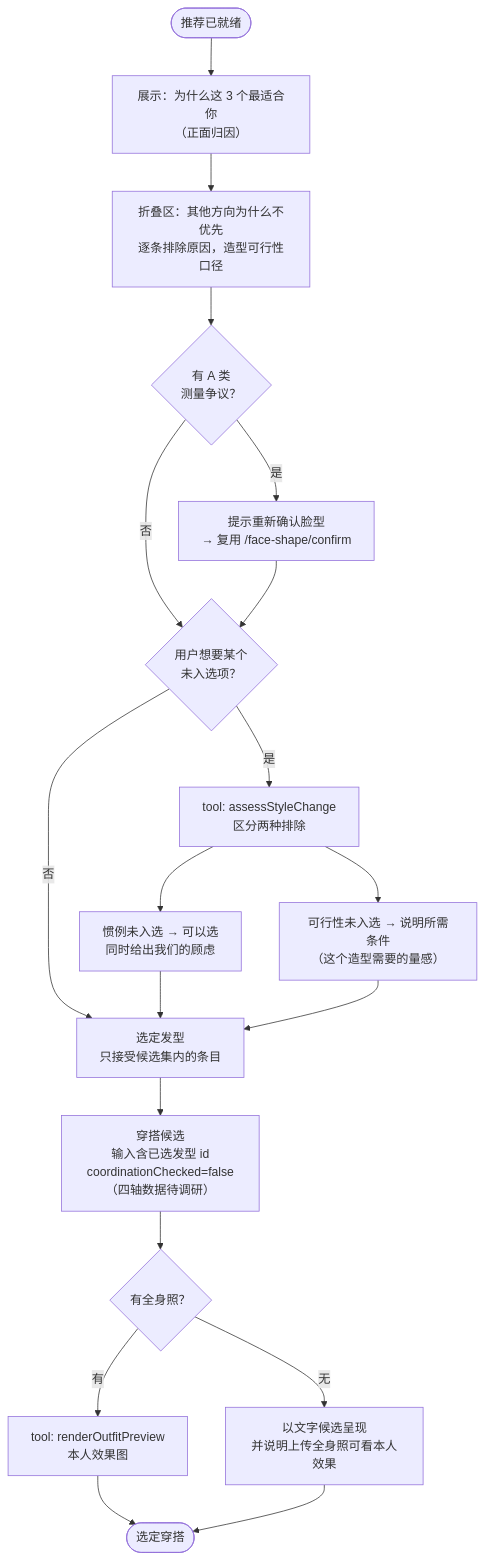
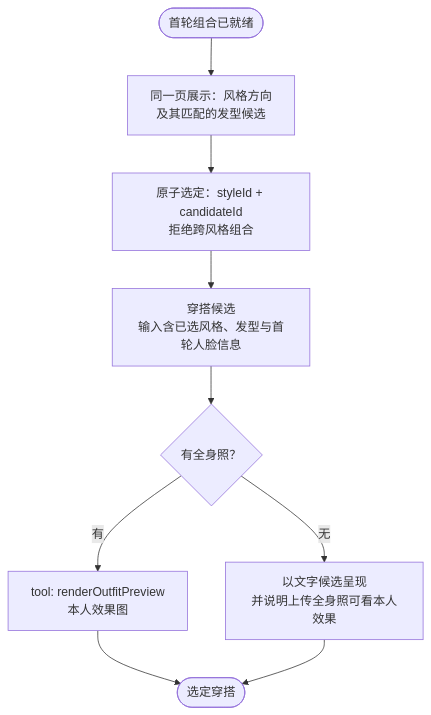
One commit to rayson-x/maxman-server changed the fourth of 7 diagrams in docs/target-workflow.md. Above: the diagram before and after it, drawn with Mermaid. The commit also changed other lines of this file and 14 other files, not shown here.

Commit message:
feat(style-flow): select paired style and hairstyle first

````diff
--- a/docs/target-workflow.md
+++ b/docs/target-workflow.md
@@ -206,26 +188,12 @@
 ```mermaid
 flowchart TD
-  C0([推荐已就绪]) --> C1["展示：为什么这 3 个最适合你<br/>（正面归因）"]
-  C1 --> C2["折叠区：其他方向为什么不优先<br/>逐条排除原因，造型可行性口径"]
-  C2 --> C2a{"有 A 类<br/>测量争议？"}
-  C2a -->|是| C2b["提示重新确认脸型<br/>→ 复用 /face-shape/confirm"]
-  C2a -->|否| C3
-  C2b --> C3
-
-  C3{"用户想要某个<br/>未入选项？"}
-  C3 -->|是| C3a["tool: assessStyleChange<br/>区分两种排除"]
-  C3a --> C3b["惯例未入选 → 可以选<br/>同时给出我们的顾虑"]
-  C3a --> C3c["可行性未入选 → 说明所需条件<br/>（这个造型需要的量感）"]
-  C3 -->|否| C4
-  C3b --> C4
-  C3c --> C4
-
-  C4["选定发型<br/>只接受候选集内的条目"]
-  C4 --> C5["穿搭候选<br/>输入含已选发型 id<br/>coordinationChecked=false（四轴数据待调研）"]
+  C0([首轮组合已就绪]) --> C1["同一页展示：风格方向<br/>及其匹配的发型候选"]
+  C1 --> C2["原子选定：styleId + candidateId<br/>拒绝跨风格组合"]
+  C2 --> C5["穿搭候选<br/>输入含已选风格、发型与首轮人脸信息"]
   C5 --> C5a{"有全身照？"}
   C5a -->|有| C5b["tool: renderOutfitPreview<br/>本人效果图"]
   C5a -->|无| C5c["以文字候选呈现<br/>并说明上传全身照可看本人效果"]
   C5b --> C6
   C5c --> C6
   C6([选定穿搭])
 ```
````
